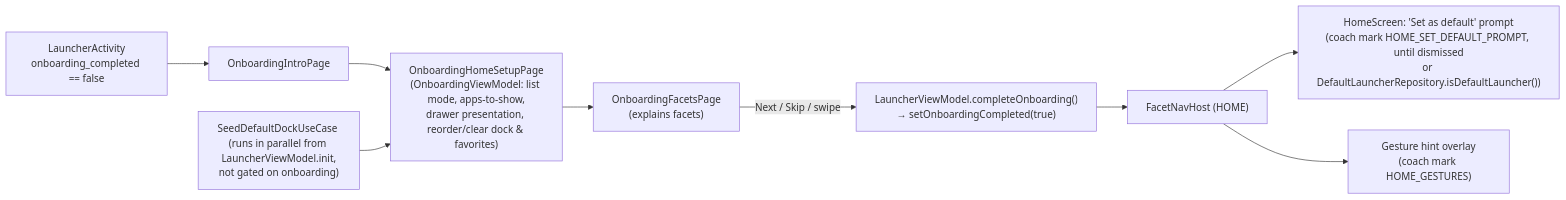
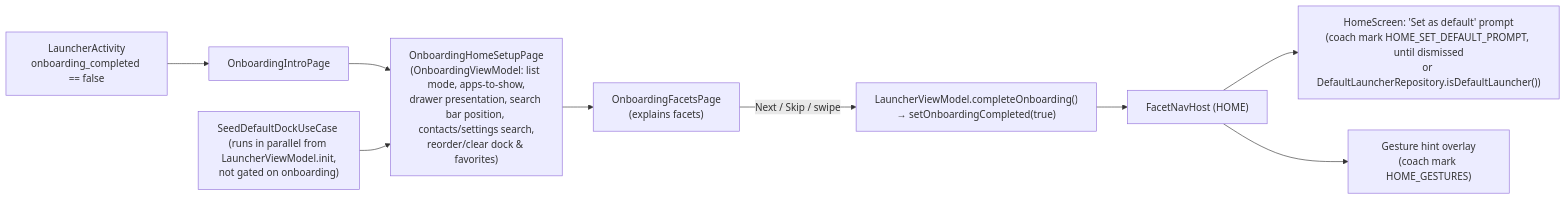
One commit to rohitganjam/facet-launcher changed the fifth of 5 diagrams in docs/architecture/13-flow-facets-theme-notifications-onboarding.md. Above: the diagram before and after it, drawn with Mermaid. The commit also changed other lines of this file and 19 other files, not shown here.

Commit message:
Home press on bare Home opens the drawer and focuses search

````diff
--- a/docs/architecture/13-flow-facets-theme-notifications-onboarding.md
+++ b/docs/architecture/13-flow-facets-theme-notifications-onboarding.md
@@ -430,11 +430,11 @@
 ```mermaid
 flowchart LR
     START["LauncherActivity\nonboarding_completed == false"] --> INTRO["OnboardingIntroPage"]
-    INTRO --> SETUP["OnboardingHomeSetupPage\n(OnboardingViewModel: list mode, apps-to-show,\ndrawer presentation, reorder/clear dock & favorites)"]
+    INTRO --> SETUP["OnboardingHomeSetupPage\n(OnboardingViewModel: list mode, apps-to-show,\ndrawer presentation, search bar position, contacts/settings search,\nreorder/clear dock & favorites)"]
     SETUP --> FACETS["OnboardingFacetsPage\n(explains facets)"]
     FACETS -- "Next / Skip / swipe" --> FIN["LauncherViewModel.completeOnboarding()\n→ setOnboardingCompleted(true)"]
     FIN --> HOME["FacetNavHost (HOME)"]
     HOME --> PROMPT["HomeScreen: 'Set as default' prompt\n(coach mark HOME_SET_DEFAULT_PROMPT, until dismissed\nor DefaultLauncherRepository.isDefaultLauncher())"]
     HOME --> GEST["Gesture hint overlay\n(coach mark HOME_GESTURES)"]
     SEED["SeedDefaultDockUseCase (runs in parallel from LauncherViewModel.init,\nnot gated on onboarding)"] --> SETUP
 ```
````
